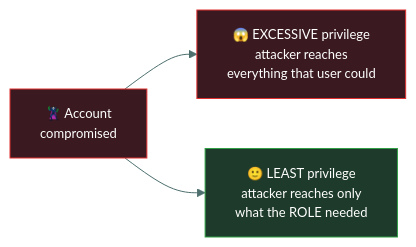
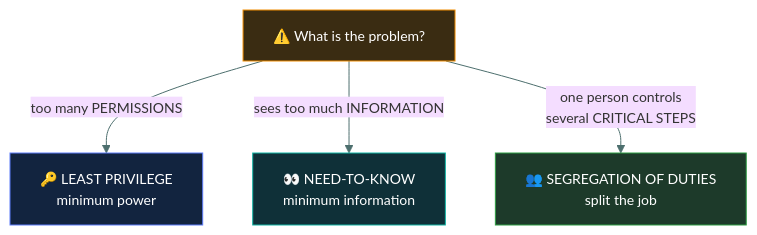
One commit to tarunTejaDesireddy/cc-exam-prep changed the first of 4 diagrams in 03-access-control/least-privilege-and-sod/README.md. Above: the diagram before and after it, drawn with Mermaid. The commit also changed other lines of this file, not shown here.

Commit message:
Replace least privilege / need-to-know / SoD with caveman-style version, diagrams and questions

````diff
--- a/03-access-control/least-privilege-and-sod/README.md
+++ b/03-access-control/least-privilege-and-sod/README.md
@@ -76,10 +27,13 @@
 ```mermaid
-%%{init: {'theme':'base','themeVariables':{'fontSize':'13px','lineColor':'#4d6f6e','textColor':'#dbe7e6'}}}%%
-flowchart LR
-    A["🦹 Account<br/>compromised"] --> E["😱 EXCESSIVE privilege<br/>attacker reaches<br/>everything that user could"]
-    A --> L["🙂 LEAST privilege<br/>attacker reaches only<br/>what the ROLE needed"]
+%%{init: {'theme':'base','themeVariables':{'fontSize':'14px','lineColor':'#4d6f6e','textColor':'#dbe7e6'}}}%%
+flowchart TD
+    Q["⚠️ What is the problem?"]
+    Q -->|"too many PERMISSIONS"| LP["🔑 LEAST PRIVILEGE<br/>minimum power"]
+    Q -->|"sees too much INFORMATION"| NK["👀 NEED-TO-KNOW<br/>minimum information"]
+    Q -->|"one person controls<br/>several CRITICAL STEPS"| SOD["👥 SEGREGATION OF DUTIES<br/>split the job"]
 
-    style A fill:#3a1a20,stroke:#E03131,color:#fff
-    style E fill:#3a1a20,stroke:#E03131,color:#fff
-    style L fill:#1d3a2a,stroke:#2F9E44,color:#fff
+    style Q fill:#3a2c12,stroke:#F08C00,color:#fff
+    style LP fill:#12243f,stroke:#5C7CFA,color:#fff
+    style NK fill:#0f3038,stroke:#12B5A5,color:#fff
+    style SOD fill:#1d3a2a,stroke:#2F9E44,color:#fff
 ```
````
